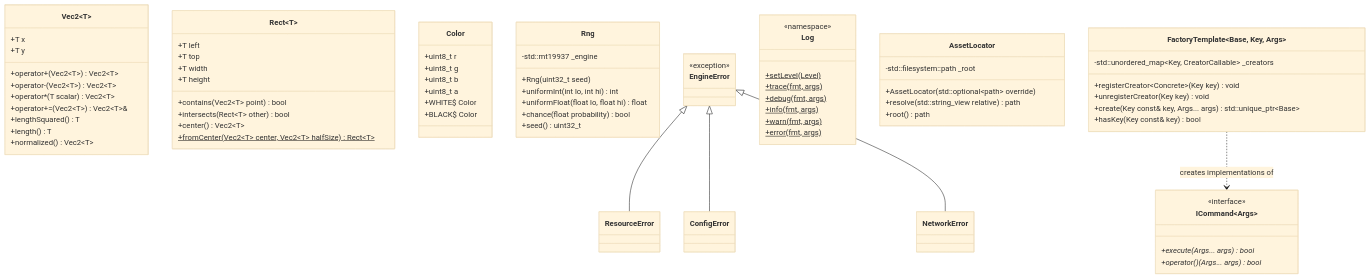
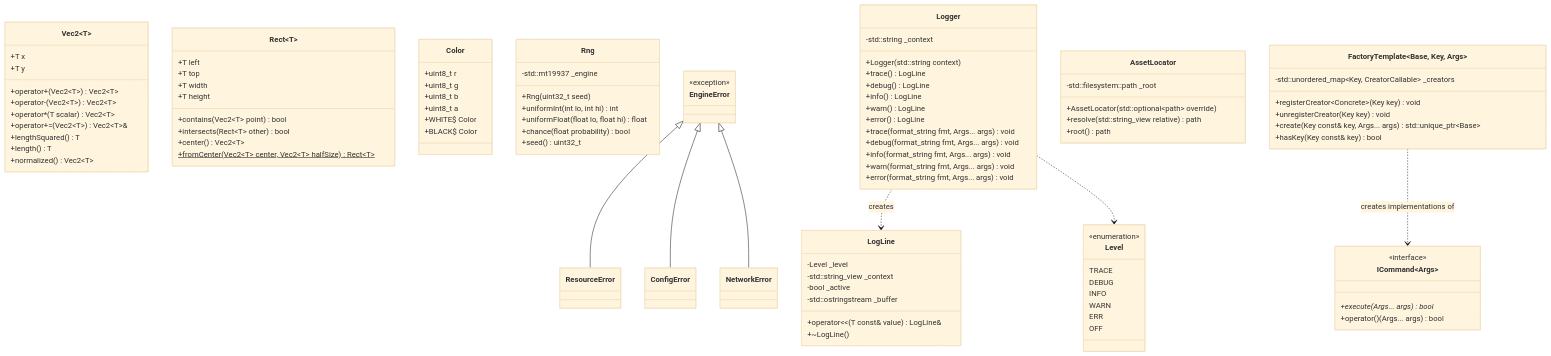
The first of 6 diagrams in docs/modules/engine.md (janumaruku/r-type), drawn with Mermaid (base theme) before and after one commit. The commit also changed other lines of this file and 5 other files, not shown here.

```diff
--- a/docs/modules/engine.md
+++ b/docs/modules/engine.md
@@ -51,15 +51,39 @@
     class ResourceError
     class ConfigError
     class NetworkError
-    class Log {
-        <<namespace>>
-        +setLevel(Level)$
-        +trace(fmt, args)$
-        +debug(fmt, args)$
-        +info(fmt, args)$
-        +warn(fmt, args)$
-        +error(fmt, args)$
+    class Level {
+        <<enumeration>>
+        TRACE
+        DEBUG
+        INFO
+        WARN
+        ERR
+        OFF
     }
+    class Logger {
+        -std::string _context
+        +Logger(std::string context)
+        +trace() LogLine
+        +debug() LogLine
+        +info() LogLine
+        +warn() LogLine
+        +error() LogLine
+        +trace(format_string fmt, Args... args) void
+        +debug(format_string fmt, Args... args) void
+        +info(format_string fmt, Args... args) void
+        +warn(format_string fmt, Args... args) void
+        +error(format_string fmt, Args... args) void
+    }
+    class LogLine {
+        -Level _level
+        -std::string_view _context
+        -bool _active
+        -std::ostringstream _buffer
+        +operator<<(T const& value) LogLine&
+        +~LogLine()
+    }
+    Logger ..> LogLine : creates
+    Logger ..> Level
     class AssetLocator {
         -std::filesystem::path _root
         +AssetLocator(std::optional~path~ override)
@@ -69,7 +93,7 @@
     class ICommand~Args~ {
         <<interface>>
         +execute(Args... args)* bool
-        +operator()(Args... args)* bool
+        +operator()(Args... args) bool
     }
     class FactoryTemplate~Base, Key, Args~ {
         -std::unordered_map~Key, CreatorCallable~ _creators
```
